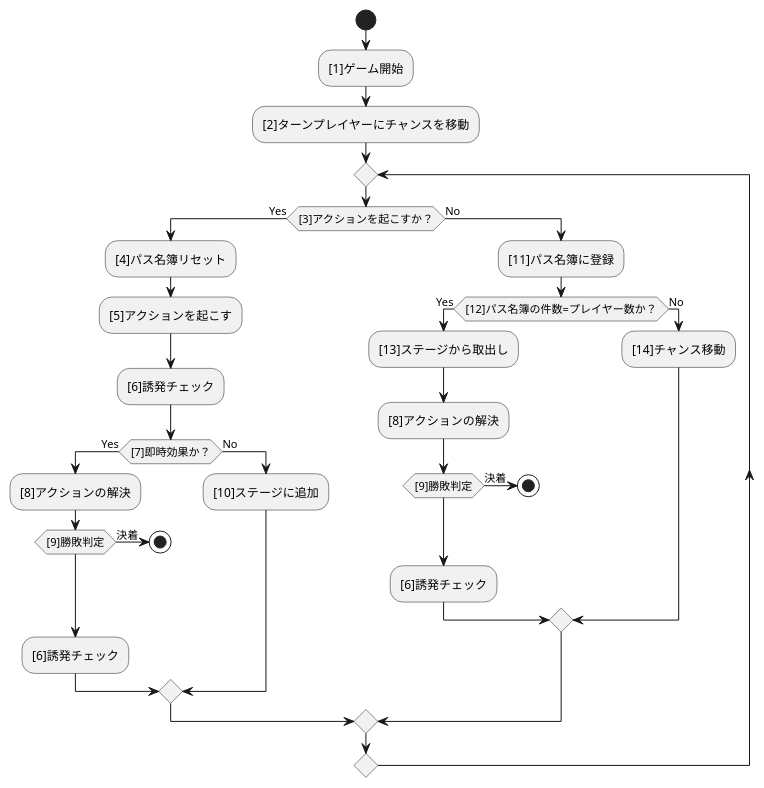
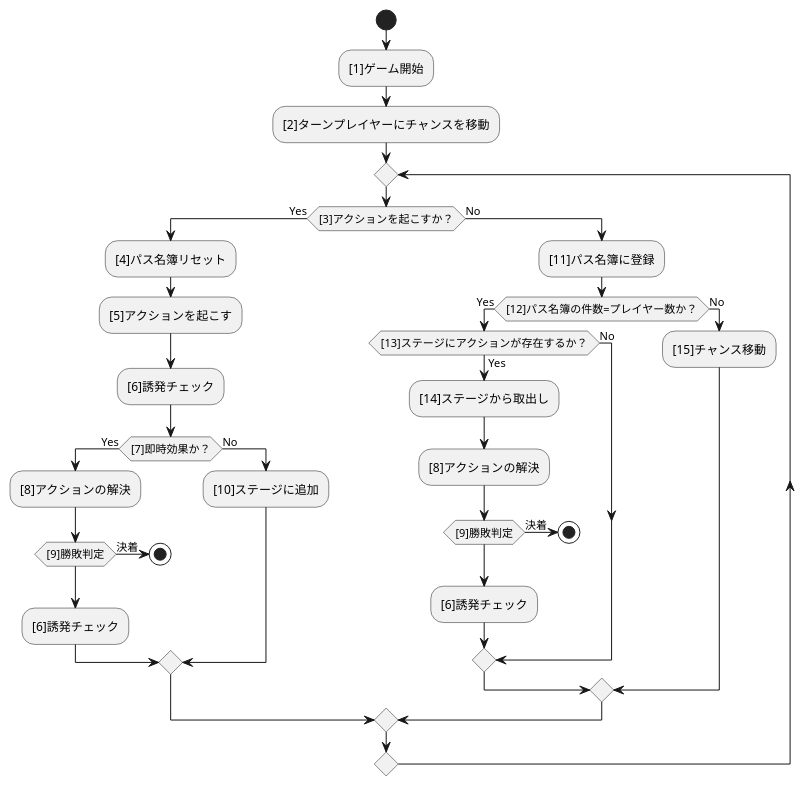
Before and after one commit to BlackPoker/BlackPoker: the diagram in source/core/coreflow.puml, drawn with PlantUML. The commit also changed 2 other files, not shown here.

```diff
--- a/source/core/coreflow.puml
+++ b/source/core/coreflow.puml
@@ -1,33 +1,36 @@
 @startuml
 start
 :[1]ゲーム開始;
 :[2]ターンプレイヤーにチャンスを移動;
 repeat
 if ([3]アクションを起こすか？) then (Yes)
     :[4]パス名簿リセット;
     :[5]アクションを起こす;
     :[6]誘発チェック;
     if ([7]即時効果か？) then (Yes)
         :[8]アクションの解決;
         if ([9]勝敗判定) then (決着)
             stop
         endif
         :[6]誘発チェック;
     else (No)
         :[10]ステージに追加;
     endif
 else (No)
     :[11]パス名簿に登録;
     if ([12]パス名簿の件数=プレイヤー数か？) then (Yes)
-        :[13]ステージから取出し;
-        :[8]アクションの解決;
-        if ([9]勝敗判定) then (決着)
-            stop
+        if ([13]ステージにアクションが存在するか？) then (Yes)
+            :[14]ステージから取出し;
+            :[8]アクションの解決;
+            if ([9]勝敗判定) then (決着)
+                stop
+            endif
+            :[6]誘発チェック;
+        else (No)
         endif
-        :[6]誘発チェック;
     else (No)
-        :[14]チャンス移動;
+        :[15]チャンス移動;
     endif
 endif
 repeat while()
 @enduml
```
